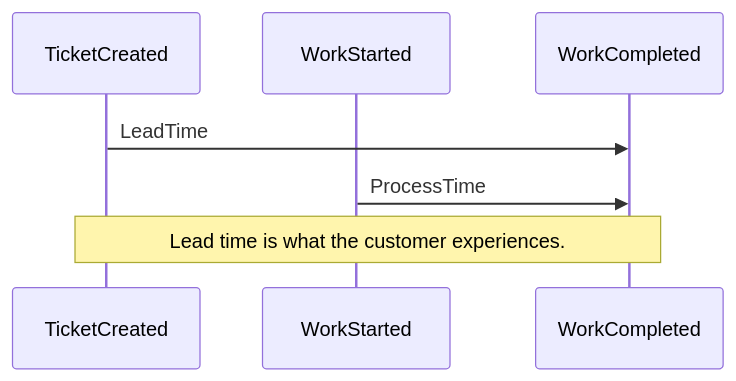
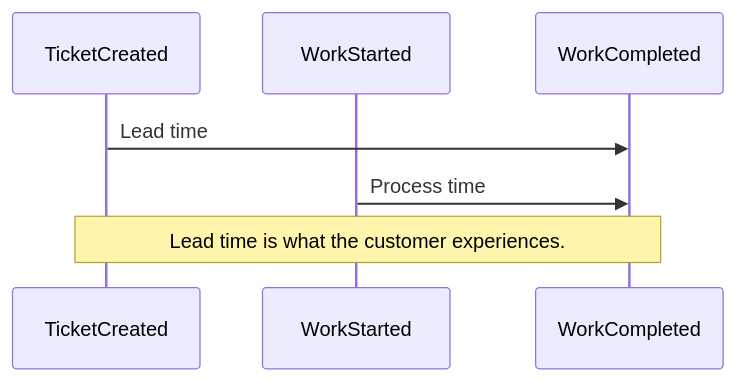
The second of 2 diagrams in books/the_devops_handbook.md (wayofthepie/notes), drawn with Mermaid before and after one commit.

Commit message:
update flow descriptions

````diff
--- a/books/the_devops_handbook.md
+++ b/books/the_devops_handbook.md
@@ -20,10 +20,10 @@
 ```mermaid
 %%{init: { 'sequence': {'messageAlign': 'left'} }}%%
 sequenceDiagram
     participant TicketCreated
     participant WorkStarted
     participant WorkCompleted
-    TicketCreated->>WorkCompleted: LeadTime
-    WorkStarted->>WorkCompleted: ProcessTime
+    TicketCreated->>WorkCompleted: Lead time
+    WorkStarted->>WorkCompleted: Process time
     Note over TicketCreated,WorkCompleted: Lead time is what the customer experiences.
 ```
````
